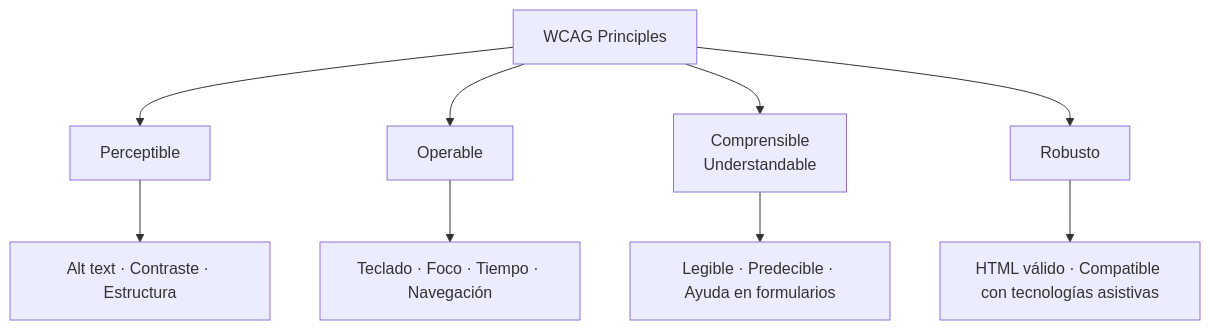
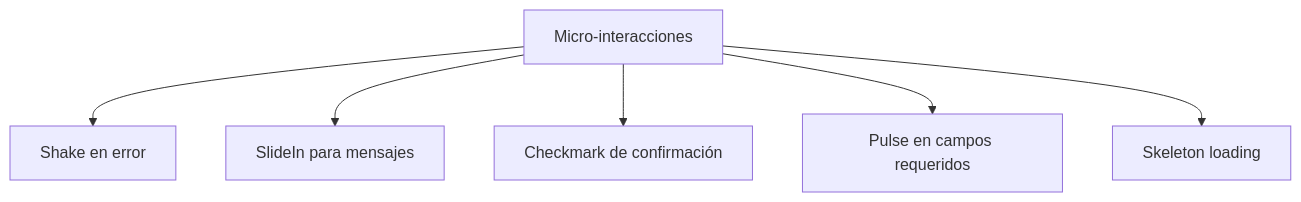
Before and after one commit to Jose-Quesada/presentacion-desarrollo-interfaces-26-27: the fourth of 5 diagrams in unidad-12.md, drawn with Mermaid. The commit also changed other lines of this file and 52 other files, not shown here.

````diff
--- a/unidad-12.md
+++ b/unidad-12.md
@@ -90,12 +610,8 @@
-<div class="mermaid">
+```mermaid
 graph TD
-    POUR[WCAG Principles]
-    POUR --> P[Perceptible]
-    POUR --> O[Operable]
-    POUR --> U[Comprensible<br/>Understandable]
-    POUR --> R[Robusto]
-    P --> P1[Alt text · Contraste · Estructura]
-    O --> O1[Teclado · Foco · Tiempo · Navegación]
-    U --> U1[Legible · Predecible · Ayuda en formularios]
-    R --> R1[HTML válido · Compatible con tecnologías asistivas]
-</div>
+    A[Micro-interacciones] --> B[Shake en error]
+    A --> C[SlideIn para mensajes]
+    A --> D[Checkmark de confirmación]
+    A --> E[Pulse en campos requeridos]
+    A --> F[Skeleton loading]
+```
````
